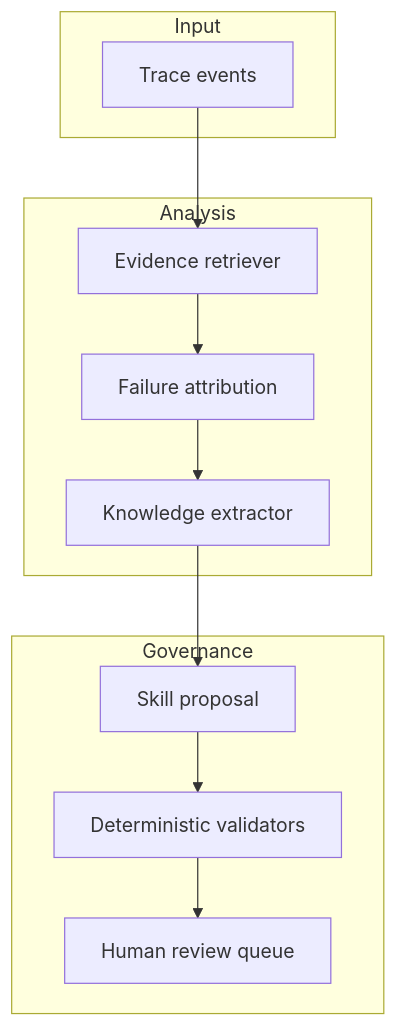
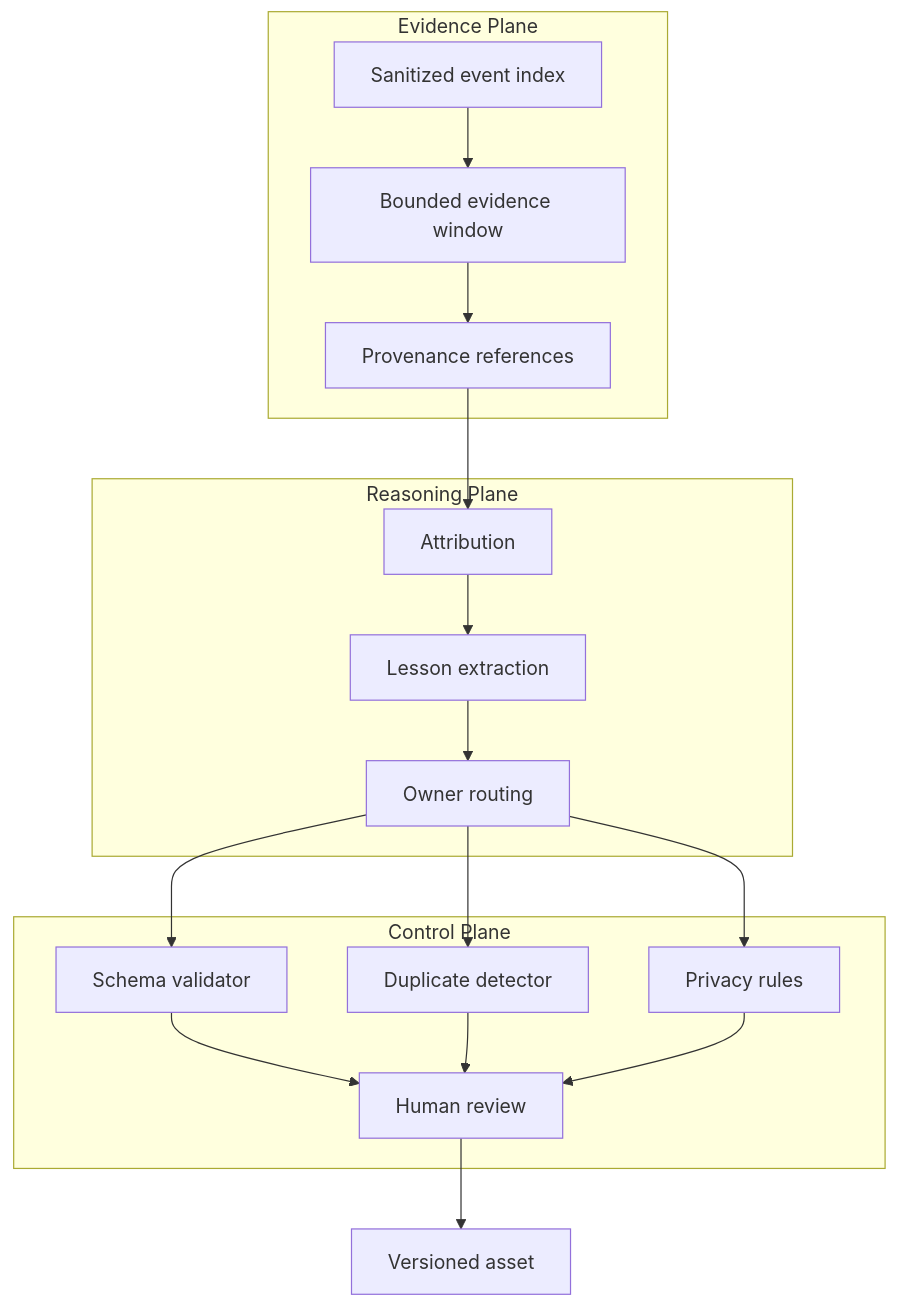
Before and after one commit to FlowRUI/agent-self-evolution: the first of 2 diagrams in docs/architecture.md, drawn with Mermaid. The commit also changed other lines of this file, not shown here.

Commit message:
docs: deepen docs/architecture.md

````diff
--- a/docs/architecture.md
+++ b/docs/architecture.md
@@ -5,17 +7,25 @@
 ```mermaid
 flowchart TB
-    subgraph Input
-      T[Trace events]
-    end
-    subgraph Analysis
-      R[Evidence retriever]
-      A[Failure attribution]
-      K[Knowledge extractor]
-    end
-    subgraph Governance
-      P[Skill proposal]
-      V[Deterministic validators]
-      Q[Human review queue]
-    end
-    T --> R --> A --> K --> P --> V --> Q
+  subgraph Evidence[Evidence Plane]
+    I[Sanitized event index] --> W[Bounded evidence window]
+    W --> P[Provenance references]
+  end
+  subgraph Reasoning[Reasoning Plane]
+    A[Attribution] --> K[Lesson extraction]
+    K --> O[Owner routing]
+  end
+  subgraph Control[Control Plane]
+    S[Schema validator]
+    D[Duplicate detector]
+    R[Privacy rules]
+    H[Human review]
+  end
+  P --> A
+  O --> S
+  O --> D
+  O --> R
+  S --> H
+  D --> H
+  R --> H
+  H --> V[Versioned asset]
 ```
````
